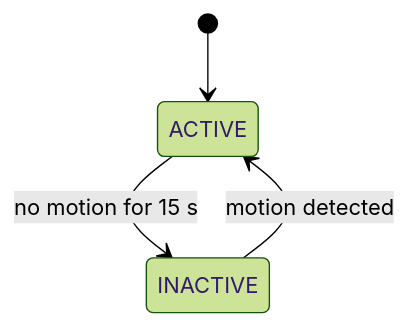
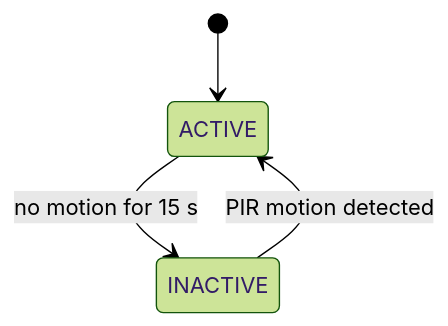
Before and after one commit to johnwieljayme/bca182-freertos-multisensor: the second of 2 diagrams in README.md, drawn with Mermaid (forest theme). The commit also changed other lines of this file, not shown here.

````diff
--- a/README.md
+++ b/README.md
@@ -71,6 +100,6 @@
 ```mermaid
 stateDiagram-v2
-	[*] --> ACTIVE
-	ACTIVE --> INACTIVE: no motion for 15 s
-	INACTIVE --> ACTIVE: motion detected
+    [*] --> ACTIVE
+    ACTIVE --> INACTIVE: no motion for 15 s
+    INACTIVE --> ACTIVE: PIR motion detected
 ```
````
